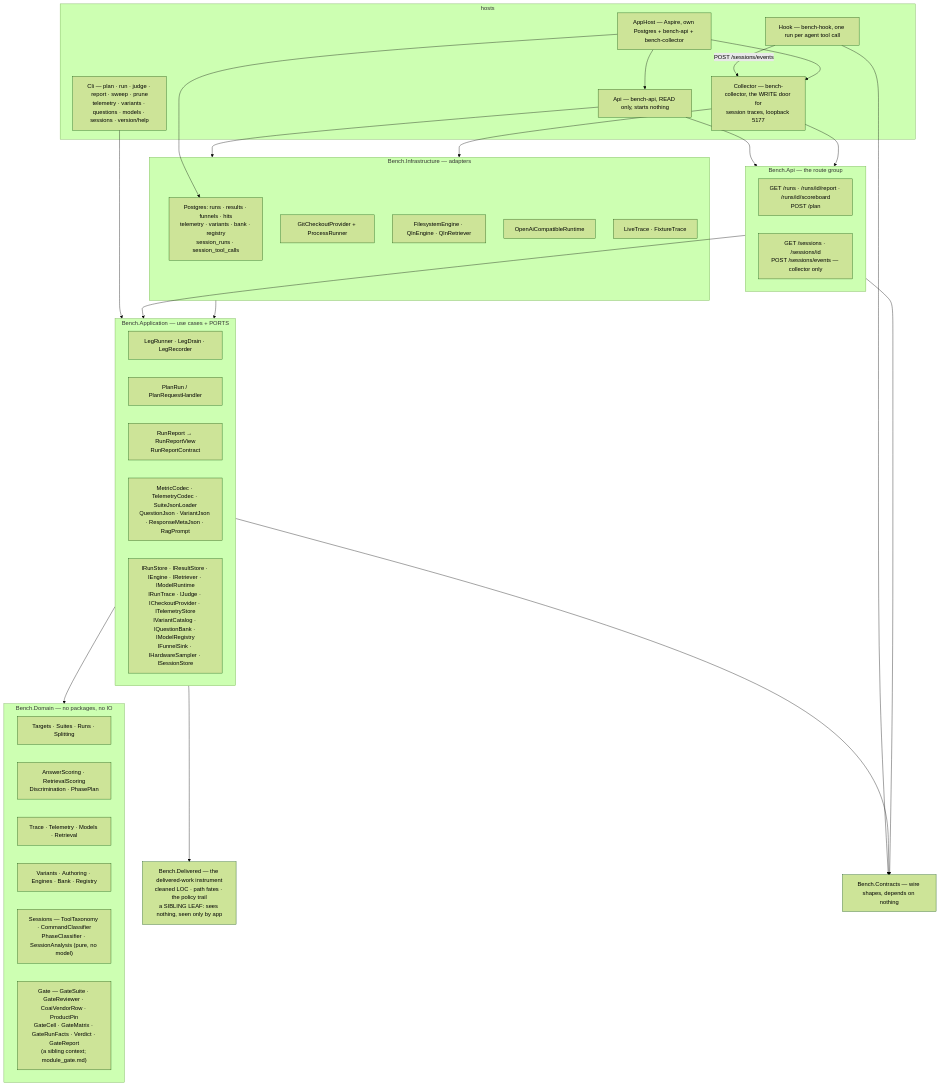
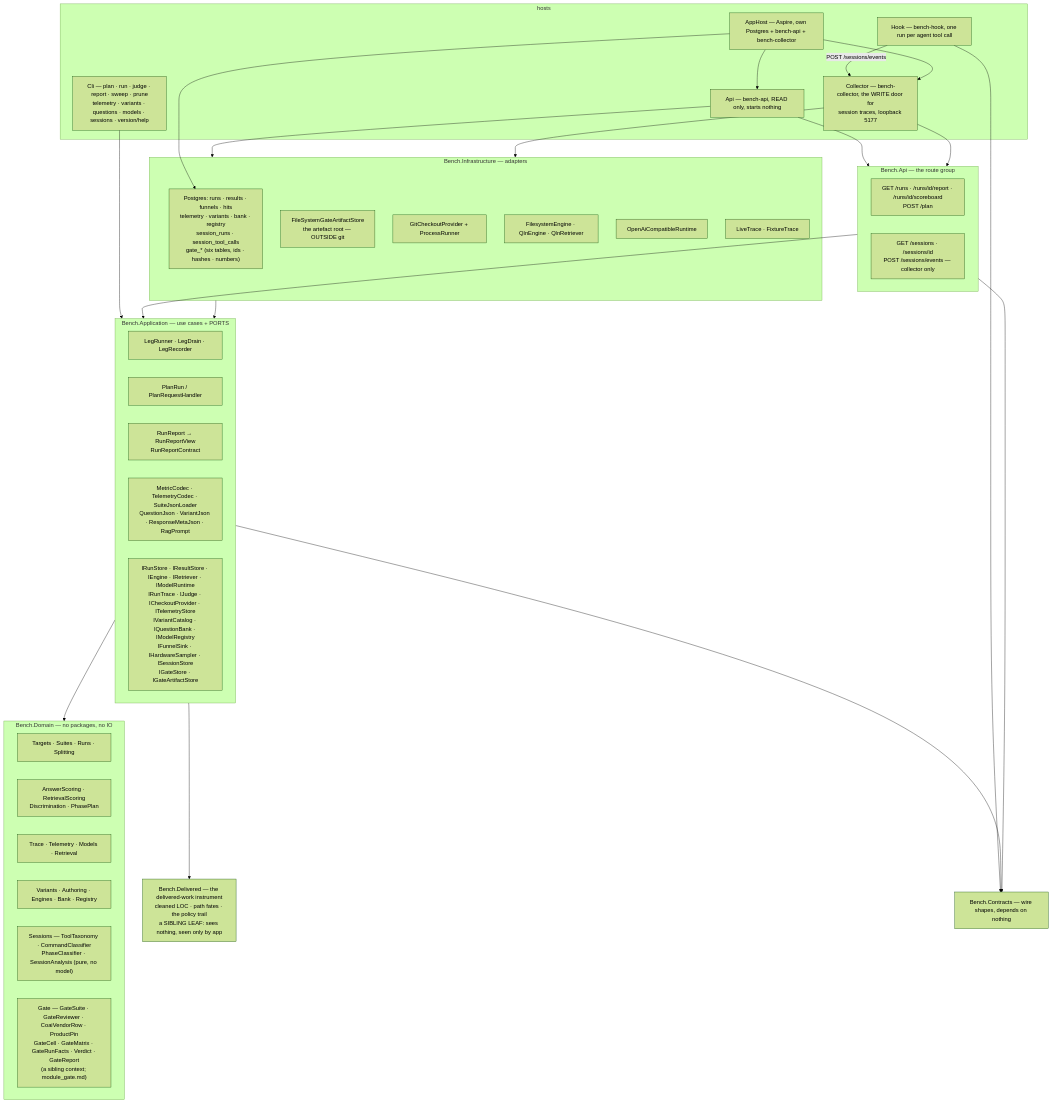
The first of 2 diagrams in research/architecture.md (oleksandrdubyna88/dew_flow_benchmark), drawn with Mermaid (forest theme) before and after one commit. The commit also changed other lines of this file and 3 other files, not shown here.

First line of the commit message:
docs(gate): module_gate.md, architecture.md and the E2 tick with its accepted findings

````diff
--- a/research/architecture.md
+++ b/research/architecture.md
@@ -19,55 +19,56 @@
 ```mermaid
 flowchart TB
     subgraph hosts["hosts"]
         cli["Cli — plan · run · judge · report · sweep · prune<br/>telemetry · variants · questions · models · sessions · version/help"]
         apihost["Api — bench-api, READ only, starts nothing"]
         collector["Collector — bench-collector, the WRITE door for<br/>session traces, loopback 5177"]
         hook["Hook — bench-hook, one run per agent tool call"]
         apphost["AppHost — Aspire, own Postgres + bench-api + bench-collector"]
     end
     subgraph api["Bench.Api — the route group"]
         routes["GET /runs · /runs/id/report · /runs/id/scoreboard<br/>POST /plan"]
         sessionroutes["GET /sessions · /sessions/id<br/>POST /sessions/events — collector only"]
     end
     subgraph app["Bench.Application — use cases + PORTS"]
         runner["LegRunner · LegDrain · LegRecorder"]
         plan["PlanRun / PlanRequestHandler"]
         report["RunReport → RunReportView<br/>RunReportContract"]
         codecs["MetricCodec · TelemetryCodec · SuiteJsonLoader<br/>QuestionJson · VariantJson · ResponseMetaJson · RagPrompt"]
-        ports["IRunStore · IResultStore · IEngine · IRetriever · IModelRuntime<br/>IRunTrace · IJudge · ICheckoutProvider · ITelemetryStore<br/>IVariantCatalog · IQuestionBank · IModelRegistry<br/>IFunnelSink · IHardwareSampler · ISessionStore"]
+        ports["IRunStore · IResultStore · IEngine · IRetriever · IModelRuntime<br/>IRunTrace · IJudge · ICheckoutProvider · ITelemetryStore<br/>IVariantCatalog · IQuestionBank · IModelRegistry<br/>IFunnelSink · IHardwareSampler · ISessionStore<br/>IGateStore · IGateArtifactStore"]
     end
     subgraph dom["Bench.Domain — no packages, no IO"]
         contract["Targets · Suites · Runs · Splitting"]
         scoring["AnswerScoring · RetrievalScoring<br/>Discrimination · PhasePlan"]
         obs["Trace · Telemetry · Models · Retrieval"]
         axes["Variants · Authoring · Engines · Bank · Registry"]
         sessions["Sessions — ToolTaxonomy · CommandClassifier<br/>PhaseClassifier · SessionAnalysis (pure, no model)"]
         gate["Gate — GateSuite · GateReviewer · CoaiVendorRow · ProductPin<br/>GateCell · GateMatrix · GateRunFacts · Verdict · GateReport<br/>(a sibling context; module_gate.md)"]
     end
     subgraph infra["Bench.Infrastructure — adapters"]
-        pg["Postgres: runs · results · funnels · hits<br/>telemetry · variants · bank · registry<br/>session_runs · session_tool_calls"]
+        pg["Postgres: runs · results · funnels · hits<br/>telemetry · variants · bank · registry<br/>session_runs · session_tool_calls<br/>gate_* (six tables, ids · hashes · numbers)"]
+        artroot["FileSystemGateArtifactStore<br/>the artefact root — OUTSIDE git"]
         git["GitCheckoutProvider + ProcessRunner"]
         eng["FilesystemEngine · QlnEngine · QlnRetriever"]
         rt["OpenAiCompatibleRuntime"]
         tr["LiveTrace · FixtureTrace"]
     end
     contracts["Bench.Contracts — wire shapes, depends on nothing"]
     delivered["Bench.Delivered — the delivered-work instrument<br/>cleaned LOC · path fates · the policy trail<br/>a SIBLING LEAF: sees nothing, seen only by app"]
 
     cli --> app
     apihost --> api
     apihost --> infra
     collector --> api
     collector --> infra
     hook -- "POST /sessions/events" --> collector
     api --> app
     apphost --> pg
     apphost --> apihost
     apphost --> collector
     app --> dom
     app --> delivered
     infra --> app
     app --> contracts
     api --> contracts
     hook --> contracts
 ```
````
